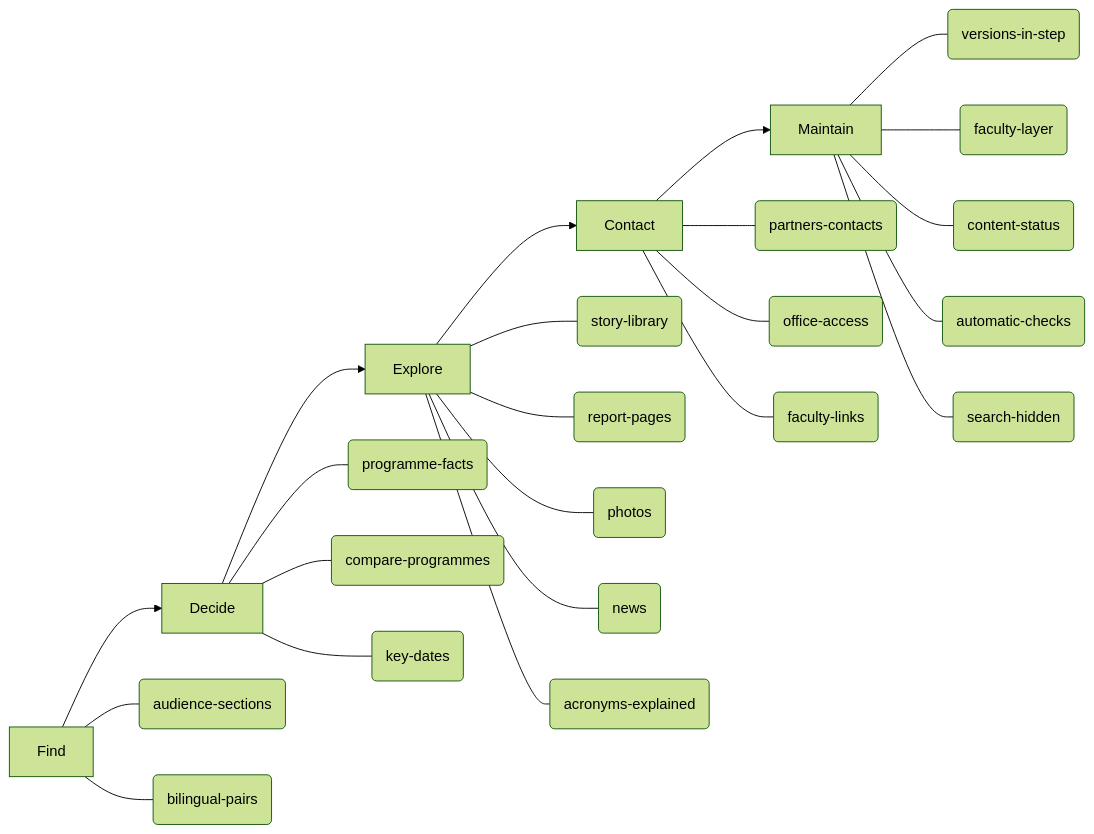
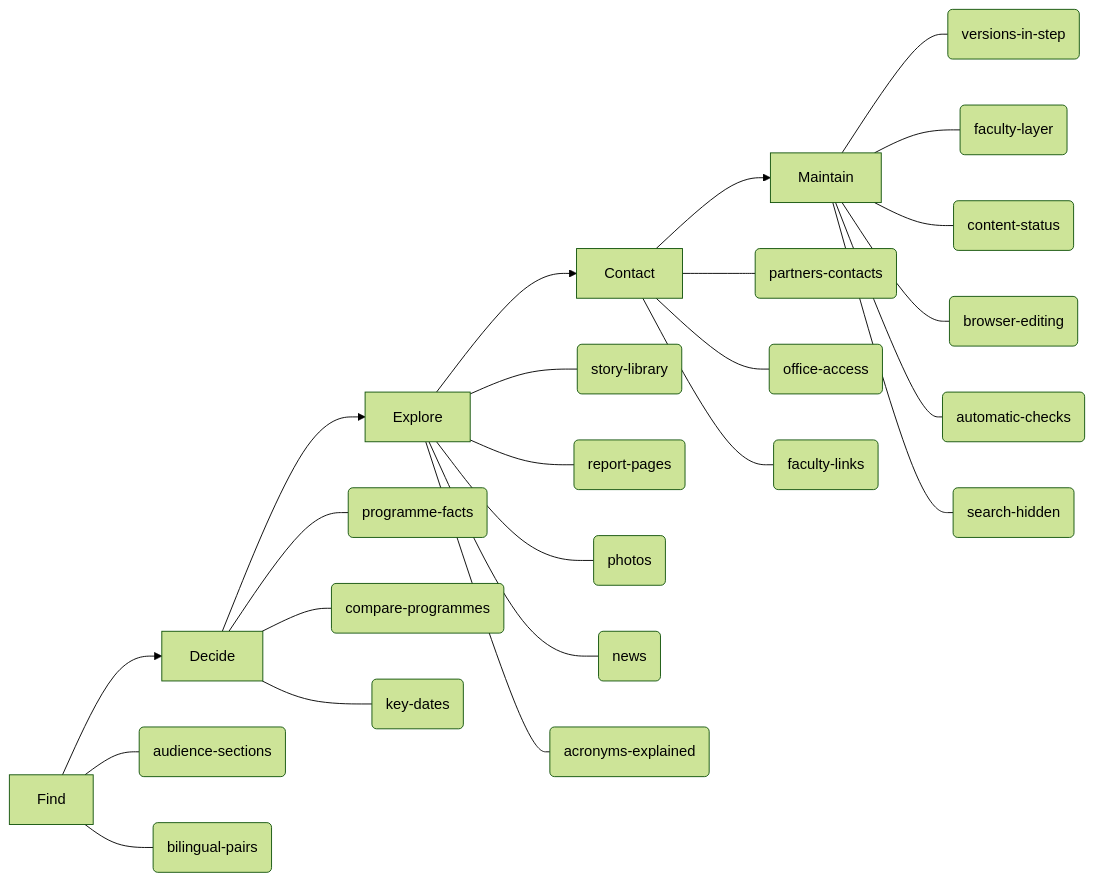
The diagram in docs/features.md (BasileChretien/nagoya-med-intl-prototype), drawn with Mermaid (forest theme) before and after one commit. The commit also changed other lines of this file and 25 other files, not shown here.

````diff
--- a/docs/features.md
+++ b/docs/features.md
@@ -5,30 +5,31 @@
 ```mermaid
 flowchart LR
   S0["Find"]
   S1["Decide"]
   S2["Explore"]
   S3["Contact"]
   S4["Maintain"]
   S0 --> S1
   S1 --> S2
   S2 --> S3
   S3 --> S4
   S0 --- audience_sections("audience-sections")
   S0 --- bilingual_pairs("bilingual-pairs")
   S1 --- programme_facts("programme-facts")
   S1 --- compare_programmes("compare-programmes")
   S1 --- key_dates("key-dates")
   S2 --- story_library("story-library")
   S2 --- report_pages("report-pages")
   S2 --- photos("photos")
   S2 --- news("news")
   S3 --- partners_contacts("partners-contacts")
   S3 --- office_access("office-access")
   S2 --- acronyms_explained("acronyms-explained")
   S3 --- faculty_links("faculty-links")
   S4 --- versions_in_step("versions-in-step")
   S4 --- faculty_layer("faculty-layer")
   S4 --- content_status("content-status")
+  S4 --- browser_editing("browser-editing")
   S4 --- automatic_checks("automatic-checks")
   S4 --- search_hidden("search-hidden")
 ```
````
